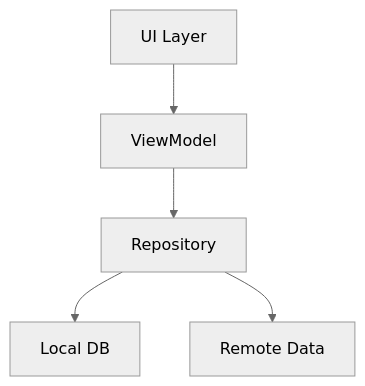
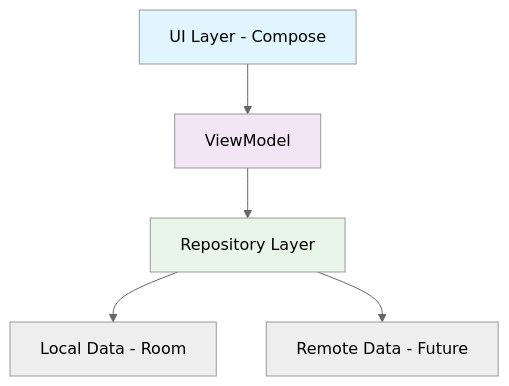
One commit to MaxGog/PageBook-android changed the diagram in README.md. Above: the diagram before and after it, drawn with Mermaid (neutral theme). The commit also changed other lines of this file, not shown here.

````diff
--- a/README.md
+++ b/README.md
@@ -13,7 +43,11 @@
 ```mermaid
 graph TD
-    A[UI Layer] --> B[ViewModel]
-    B --> C[Repository]
-    C --> D[Local DB]
-    C --> E[Remote Data]
+    A[UI Layer - Compose] --> B[ViewModel]
+    B --> C[Repository Layer]
+    C --> D[Local Data - Room]
+    C --> E[Remote Data - Future]
+    
+    style A fill:#e1f5fe
+    style B fill:#f3e5f5
+    style C fill:#e8f5e8
 ```
````
